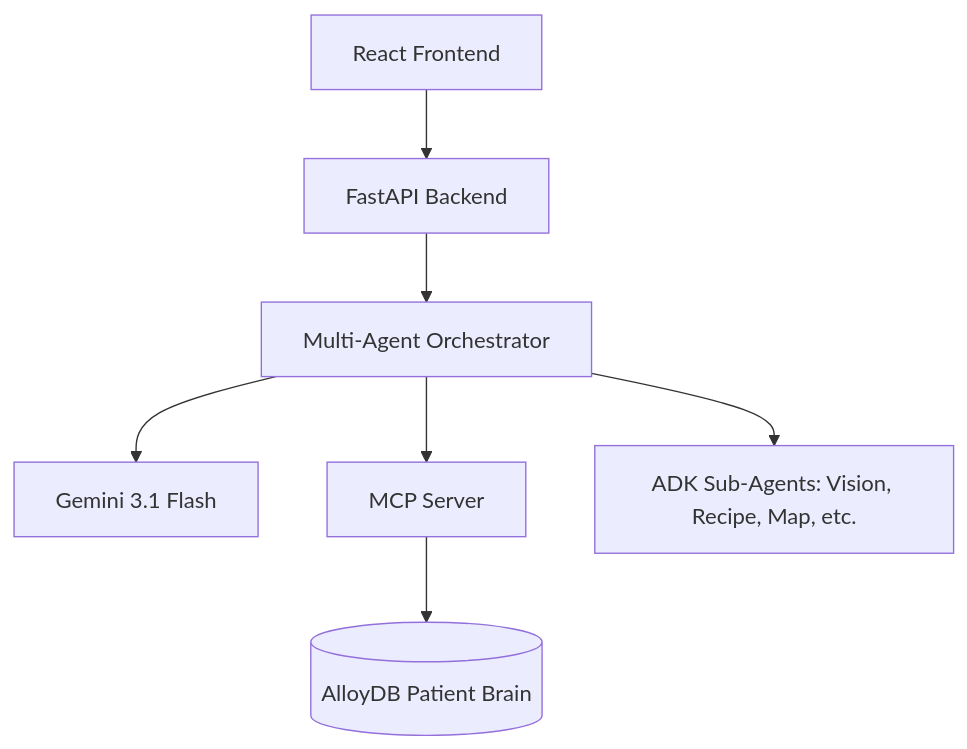
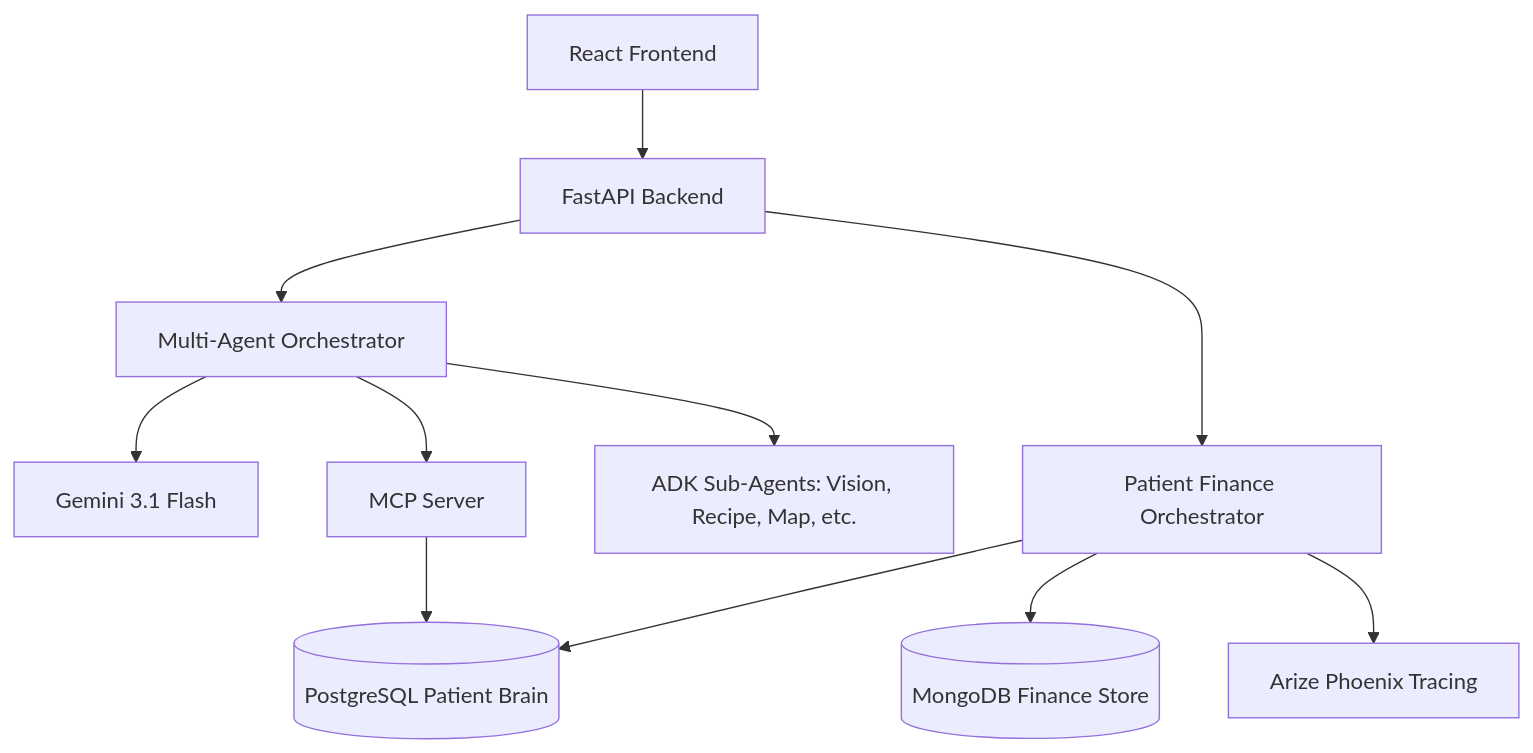
The second of 5 diagrams in README.md (shreeshbhat04-ctrl/NEXUS-AI-), drawn with Mermaid before and after one commit. The commit also changed other lines of this file and 134 other files, not shown here.

````diff
--- a/README.md
+++ b/README.md
@@ -180,9 +200,15 @@
 ```mermaid
 graph TD
     UI[React Frontend] --> API[FastAPI Backend]
     API --> ORCH[Multi-Agent Orchestrator]
     ORCH --> GEN[Gemini 3.1 Flash]
     ORCH --> MCP[MCP Server]
-    MCP --> DB[(AlloyDB Patient Brain)]
+    MCP --> DB[(PostgreSQL Patient Brain)]
     ORCH --> AGENTS[ADK Sub-Agents: Vision, Recipe, Map, etc.]
+    
+    %% Patient Finance
+    API --> FIN_ORCH[Patient Finance Orchestrator]
+    FIN_ORCH --> MDB[(MongoDB Finance Store)]
+    FIN_ORCH --> PHOENIX[Arize Phoenix Tracing]
+    FIN_ORCH --> DB
 ```
````
